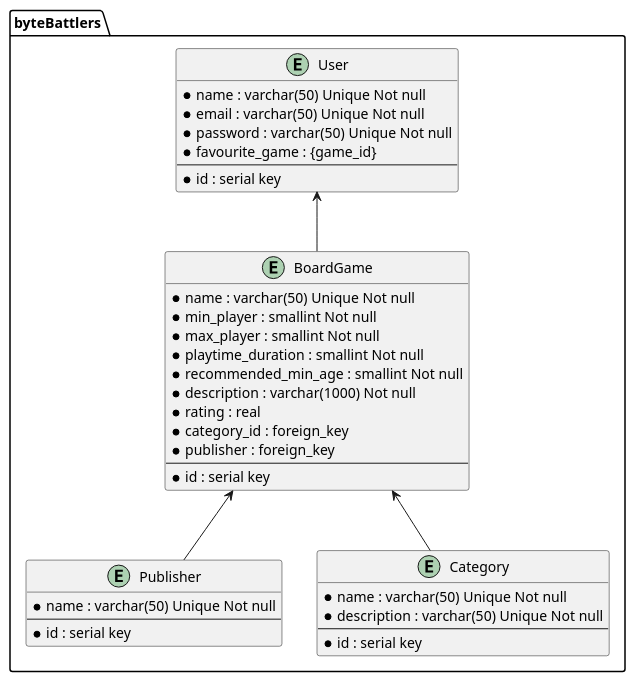
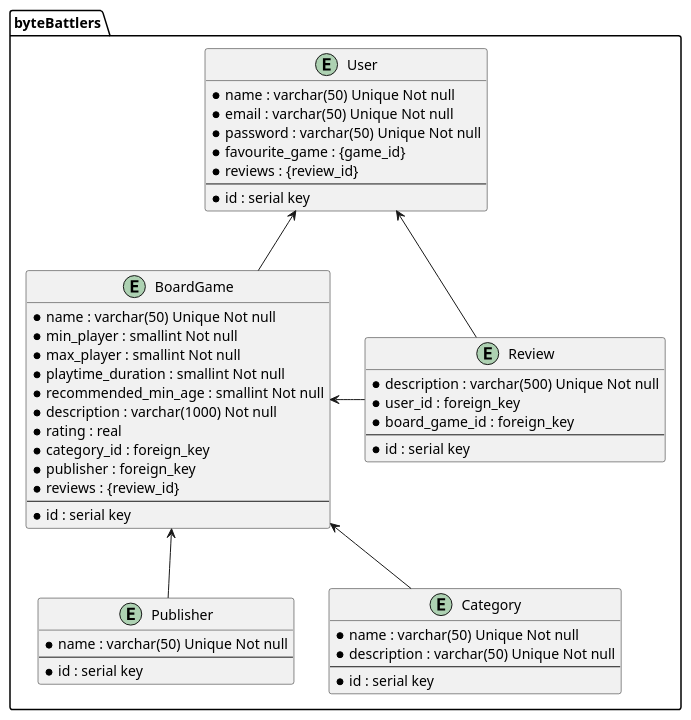
One commit to CodecoolGlobal/el-proyecte-grande-sprint-1-java-szplkflrn changed the diagram in docs/database-plan.puml. Above: the diagram before and after it, drawn with PlantUML.

Commit message:
feat[database-plan.uml]: extend uml with review table

```diff
--- a/docs/database-plan.puml
+++ b/docs/database-plan.puml
@@ -1,48 +1,59 @@
 @startuml
 
 package byteBattlers <<Folder>> {
 
 entity User {
 * name : varchar(50) Unique Not null
 * email : varchar(50) Unique Not null
 * password : varchar(50) Unique Not null
 * favourite_game : {game_id}
+* reviews : {review_id}
 --
 * id : serial key
 }
 
 entity BoardGame {
 * name : varchar(50) Unique Not null
 * min_player : smallint Not null
 * max_player : smallint Not null
 * playtime_duration : smallint Not null
 * recommended_min_age : smallint Not null
 * description : varchar(1000) Not null
 * rating : real
 * category_id : foreign_key
 * publisher : foreign_key
+* reviews : {review_id}
 --
 * id : serial key
 }
 
 entity Publisher {
 * name : varchar(50) Unique Not null
 --
 * id : serial key
 }
 
 entity Category {
 * name : varchar(50) Unique Not null
 * description : varchar(50) Unique Not null
 --
 * id : serial key
 }
 
+entity Review {
+* description : varchar(500) Unique Not null
+* user_id : foreign_key
+* board_game_id : foreign_key
+--
+* id : serial key
+}
+
 BoardGame <-- Category
 BoardGame <-- Publisher
 User <-- BoardGame
-
+User <-- Review
+BoardGame <- Review
 }
 
 
 @enduml
```
